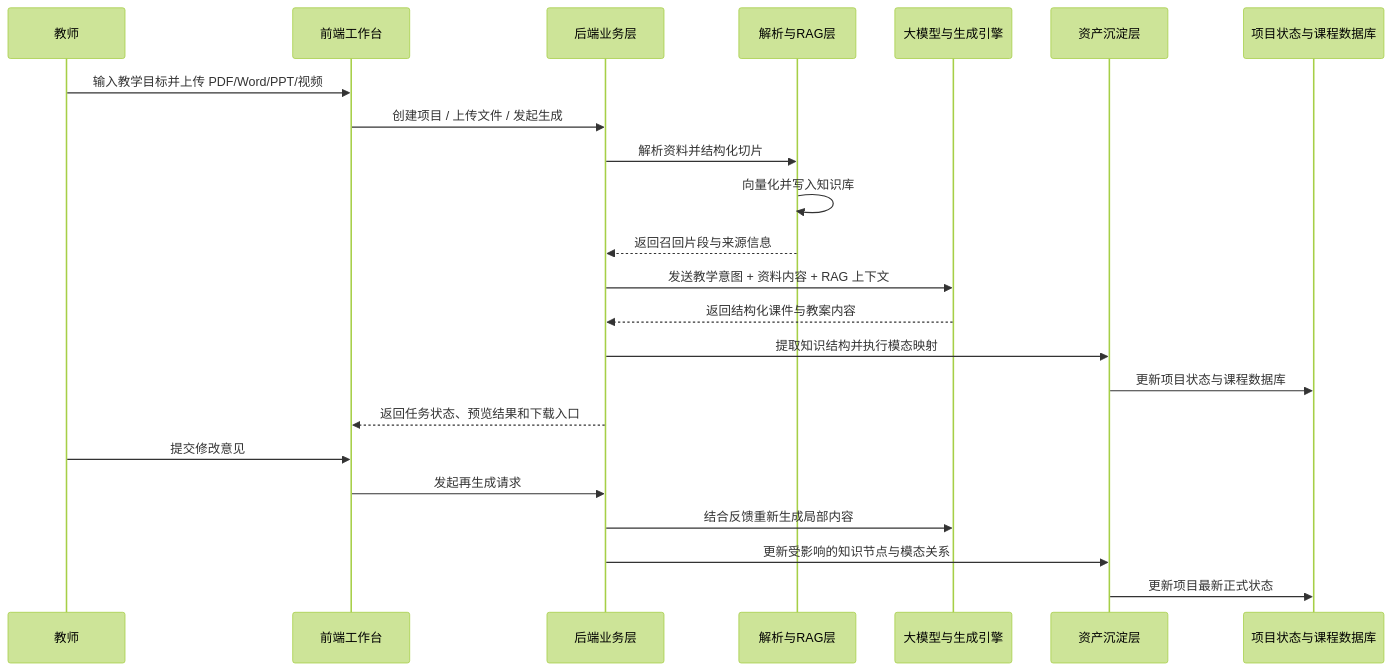
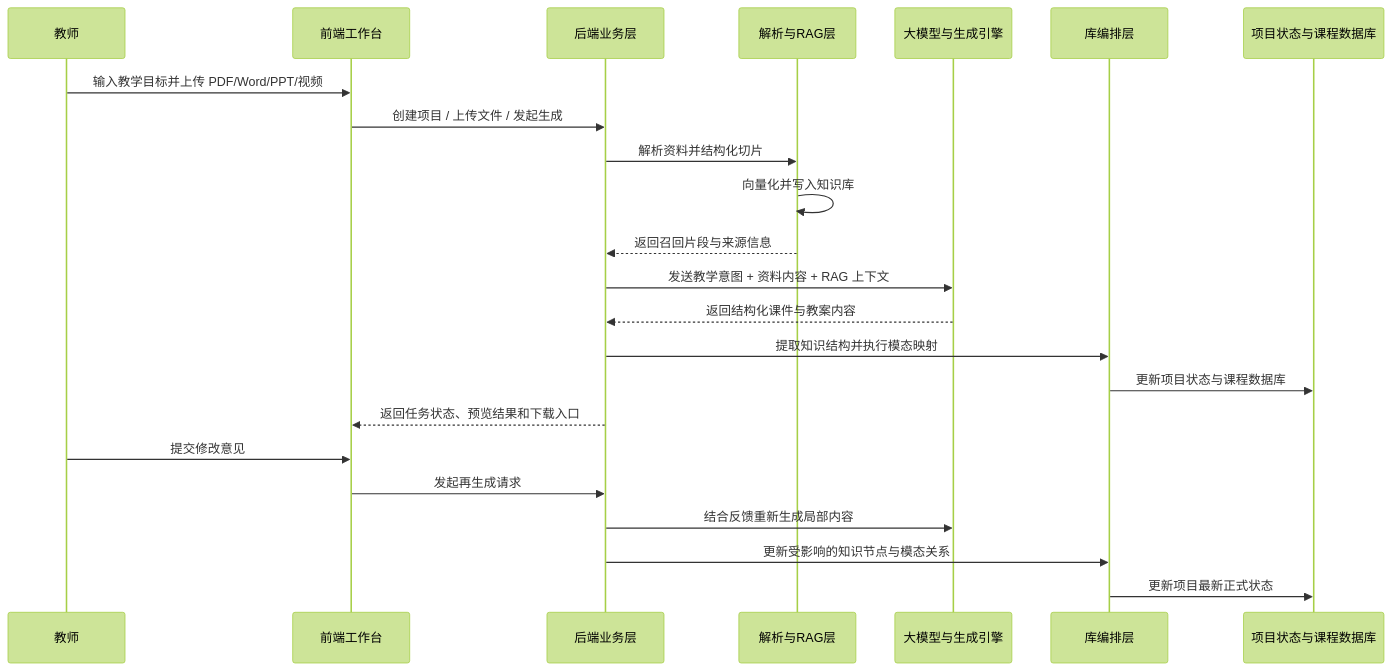
The second of 3 diagrams in docs/competition/04-architecture.md (ln-one/Spectra), drawn with Mermaid (forest theme) before and after one commit. The commit also changed other lines of this file and 17 other files, not shown here.

````diff
--- a/docs/competition/04-architecture.md
+++ b/docs/competition/04-architecture.md
@@ -125,26 +129,26 @@
 ```mermaid
 sequenceDiagram
     participant T as 教师
     participant UI as 前端工作台
     participant API as 后端业务层
     participant PARSER as 解析与RAG层
     participant LLM as 大模型与生成引擎
-    participant ASSET as 资产沉淀层
+    participant ASSET as 库编排层
     participant HUB as 项目状态与课程数据库
 
     T->>UI: 输入教学目标并上传 PDF/Word/PPT/视频
     UI->>API: 创建项目 / 上传文件 / 发起生成
     API->>PARSER: 解析资料并结构化切片
     PARSER->>PARSER: 向量化并写入知识库
     PARSER-->>API: 返回召回片段与来源信息
     API->>LLM: 发送教学意图 + 资料内容 + RAG 上下文
     LLM-->>API: 返回结构化课件与教案内容
     API->>ASSET: 提取知识结构并执行模态映射
     ASSET->>HUB: 更新项目状态与课程数据库
     API-->>UI: 返回任务状态、预览结果和下载入口
     T->>UI: 提交修改意见
     UI->>API: 发起再生成请求
     API->>LLM: 结合反馈重新生成局部内容
     API->>ASSET: 更新受影响的知识节点与模态关系
     ASSET->>HUB: 更新项目最新正式状态
 ```
````
